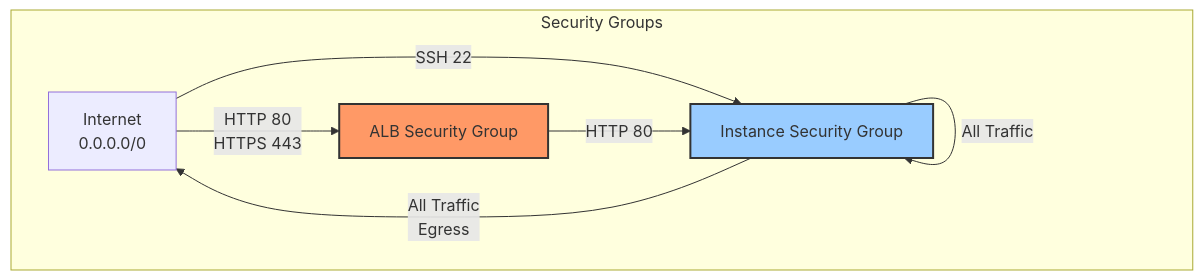
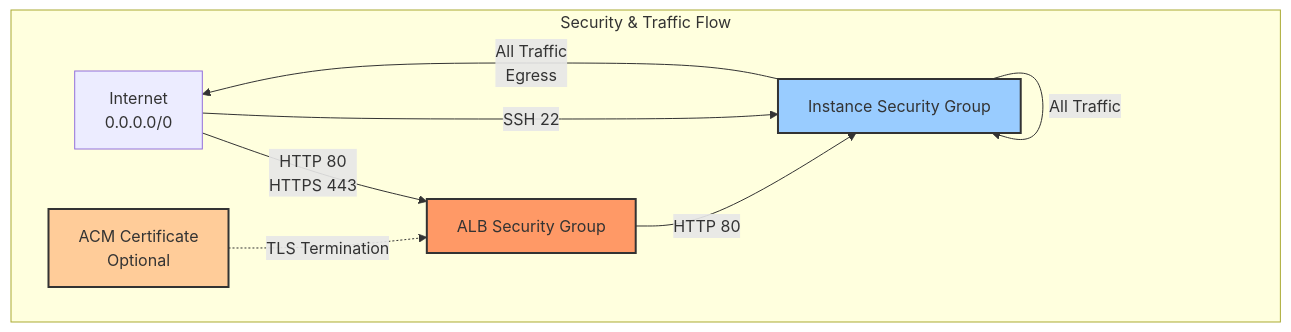
One commit to linkrage/devops-iac1 changed the third of 8 diagrams in README.md. Above: the diagram before and after it, drawn with Mermaid. The commit also changed other lines of this file and 4 other files, not shown here.

````diff
--- a/README.md
+++ b/README.md
@@ -389,18 +441,21 @@
 ```mermaid
 graph TD
-    subgraph "Security Groups"
+    subgraph "Security & Traffic Flow"
         Internet[Internet<br/>0.0.0.0/0]
+        ACM[ACM Certificate<br/>Optional]
 
         ALB_SG[ALB Security Group]
         INST_SG[Instance Security Group]
 
         Internet -->|HTTP 80<br/>HTTPS 443| ALB_SG
         Internet -->|SSH 22| INST_SG
+        ACM -.TLS Termination.-> ALB_SG
         ALB_SG -->|HTTP 80| INST_SG
         INST_SG -->|All Traffic| INST_SG
         INST_SG -->|All Traffic<br/>Egress| Internet
     end
 
     style ALB_SG fill:#f96,stroke:#333,stroke-width:2px
     style INST_SG fill:#9cf,stroke:#333,stroke-width:2px
+    style ACM fill:#fc9,stroke:#333,stroke-width:2px
 ```
````
